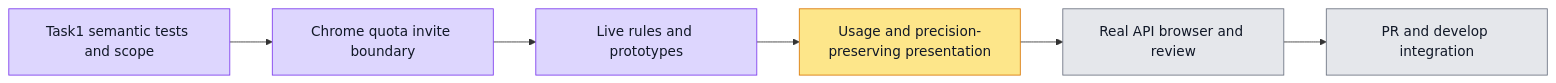
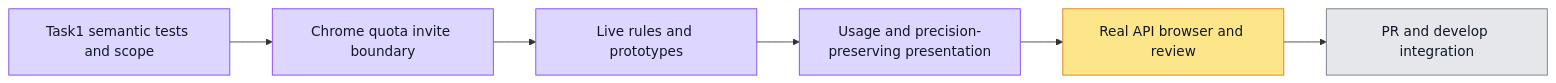
One commit to boardx/workspacex changed the diagram in evidence/admin-member-quotas-i18n-6212/admin-member-quotas-6212.md. Above: the diagram before and after it, drawn with Mermaid. The commit also changed 2 other files, not shown here.

Commit message:
docs(i18n): record usage fix review and remaining live acceptance (#6212)

````diff
--- a/evidence/admin-member-quotas-i18n-6212/admin-member-quotas-6212.md
+++ b/evidence/admin-member-quotas-i18n-6212/admin-member-quotas-6212.md
@@ -24,9 +24,9 @@
 ```mermaid
 flowchart LR
- A[Task1 semantic tests and scope]:::tested --> B[Chrome quota invite boundary]:::tested --> C[Live rules and prototypes]:::tested --> D[Usage and precision-preserving presentation]:::doing --> E[Real API browser and review]:::todo --> F[PR and develop integration]:::todo
+ A[Task1 semantic tests and scope]:::tested --> B[Chrome quota invite boundary]:::tested --> C[Live rules and prototypes]:::tested --> D[Usage and precision-preserving presentation]:::tested --> E[Real API browser and review]:::doing --> F[PR and develop integration]:::todo
  classDef todo fill:#e5e7eb,stroke:#6b7280,color:#111827
  classDef doing fill:#fde68a,stroke:#d97706,color:#111827
  classDef done fill:#bbf7d0,stroke:#16a34a,color:#111827
  classDef tested fill:#ddd6fe,stroke:#7c3aed,color:#111827
  classDef blocked fill:#fecaca,stroke:#dc2626,color:#111827
 ```
````
